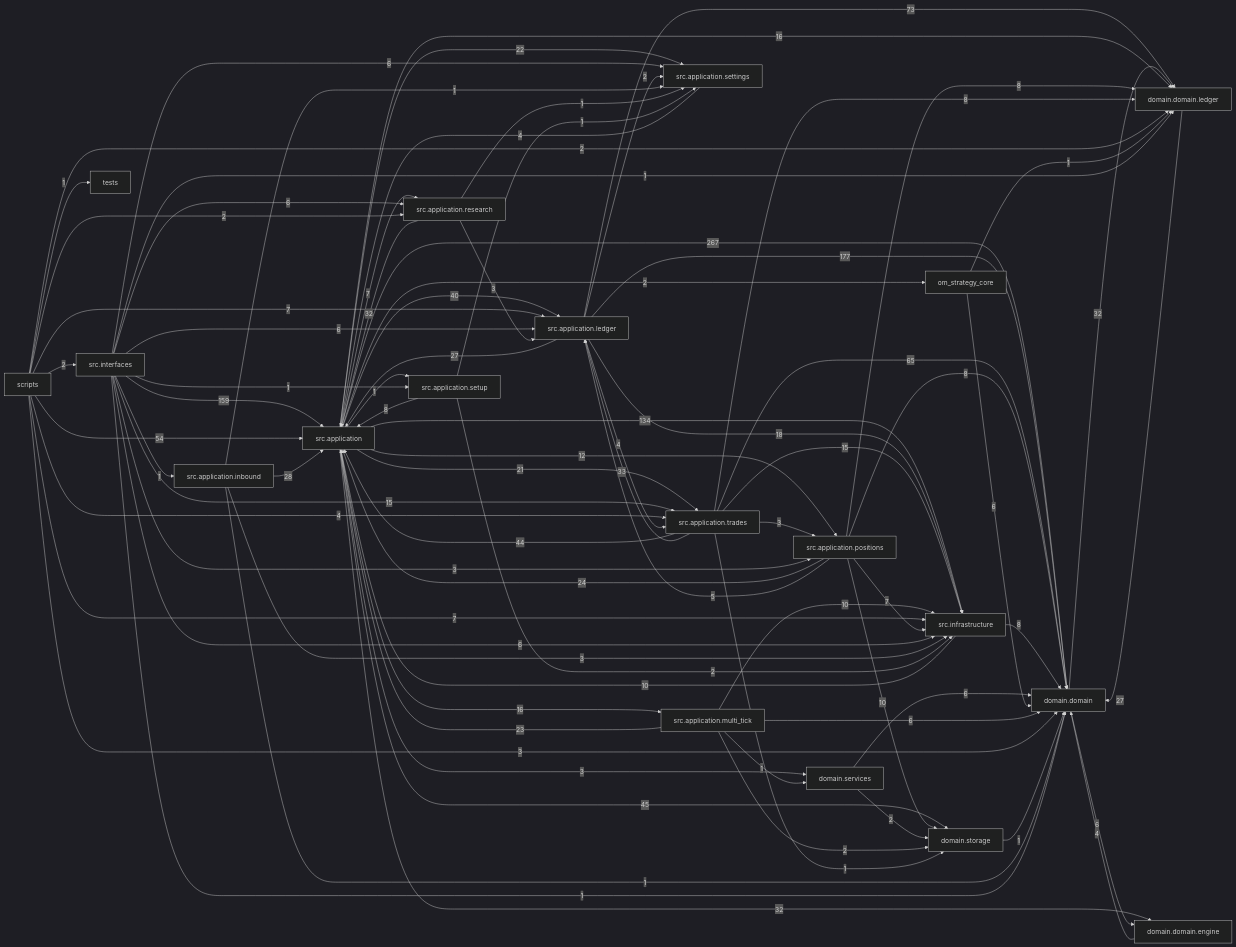
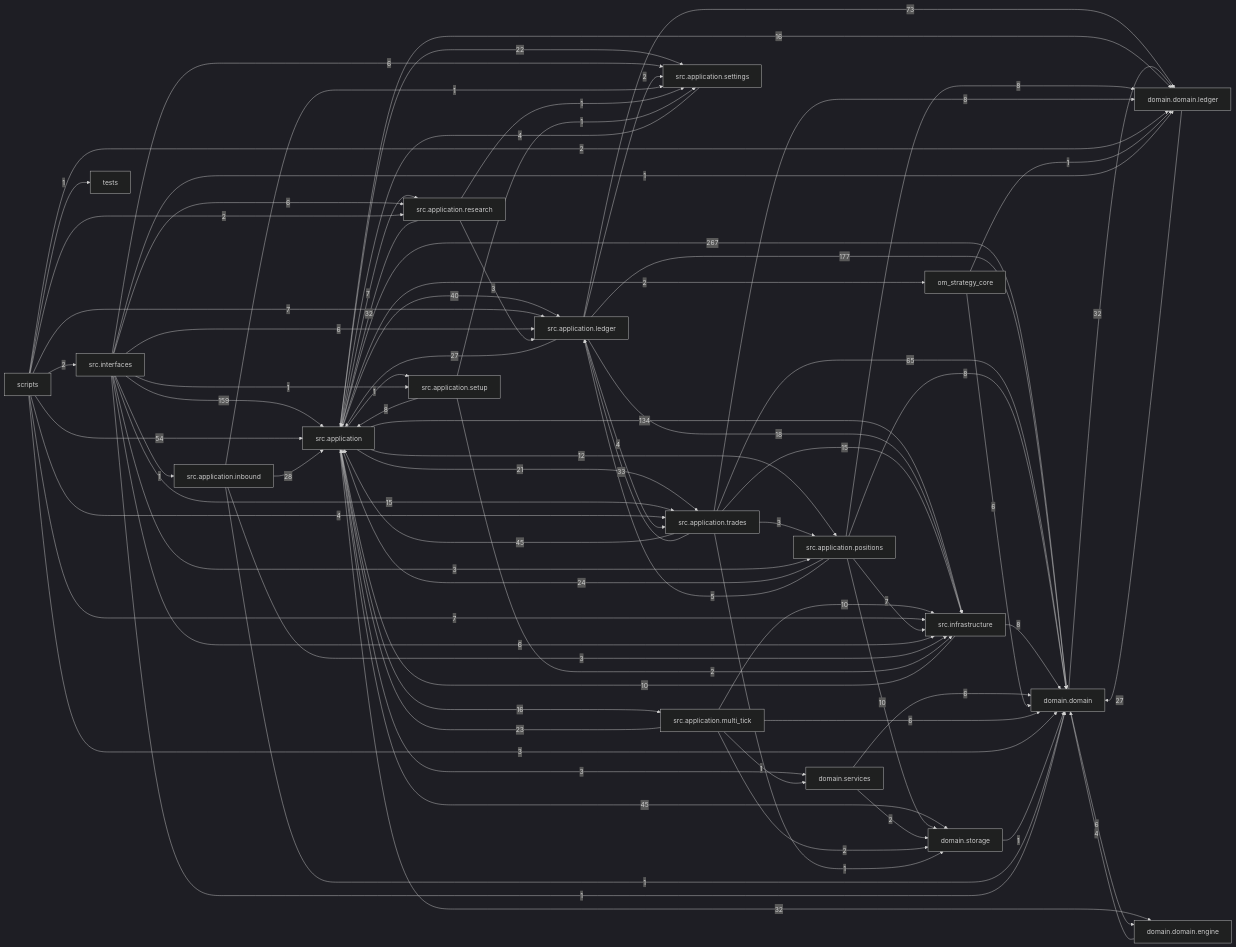
One commit to liuxie066/options-monitor changed the diagram in docs/dependency_graph.mmd. Above: the diagram before and after it, drawn with Mermaid (dark theme). The commit also changed 9 other files, not shown here.

```diff
--- a/docs/dependency_graph.mmd
+++ b/docs/dependency_graph.mmd
@@ -1,81 +1,81 @@
 flowchart LR
   src_application["src.application"] -->|267| domain_domain["domain.domain"]
   src_application_ledger["src.application.ledger"] -->|177| domain_domain["domain.domain"]
   src_interfaces["src.interfaces"] -->|159| src_application["src.application"]
   src_application["src.application"] -->|134| src_infrastructure["src.infrastructure"]
   src_application_ledger["src.application.ledger"] -->|73| domain_domain_ledger["domain.domain.ledger"]
   src_application_trades["src.application.trades"] -->|65| domain_domain["domain.domain"]
   scripts["scripts"] -->|54| src_application["src.application"]
   src_application["src.application"] -->|45| domain_storage["domain.storage"]
-  src_application_trades["src.application.trades"] -->|44| src_application["src.application"]
+  src_application_trades["src.application.trades"] -->|45| src_application["src.application"]
   src_application["src.application"] -->|40| src_application_ledger["src.application.ledger"]
   src_application_trades["src.application.trades"] -->|33| src_application_ledger["src.application.ledger"]
   domain_domain["domain.domain"] -->|32| domain_domain_ledger["domain.domain.ledger"]
   src_application["src.application"] -->|32| domain_domain_engine["domain.domain.engine"]
   src_application_research["src.application.research"] -->|32| src_application["src.application"]
   src_application_inbound["src.application.inbound"] -->|28| src_application["src.application"]
   domain_domain_ledger["domain.domain.ledger"] -->|27| domain_domain["domain.domain"]
   src_application_ledger["src.application.ledger"] -->|27| src_application["src.application"]
   src_application_positions["src.application.positions"] -->|24| src_application["src.application"]
   src_application_multi_tick["src.application.multi_tick"] -->|23| src_application["src.application"]
   src_application["src.application"] -->|22| src_application_settings["src.application.settings"]
   src_application["src.application"] -->|21| src_application_trades["src.application.trades"]
   src_application_ledger["src.application.ledger"] -->|18| src_infrastructure["src.infrastructure"]
   src_application["src.application"] -->|16| domain_domain_ledger["domain.domain.ledger"]
   src_application["src.application"] -->|16| src_application_multi_tick["src.application.multi_tick"]
   src_application_trades["src.application.trades"] -->|15| src_infrastructure["src.infrastructure"]
   src_interfaces["src.interfaces"] -->|15| src_application_trades["src.application.trades"]
   src_application["src.application"] -->|12| src_application_positions["src.application.positions"]
   src_application_multi_tick["src.application.multi_tick"] -->|10| src_infrastructure["src.infrastructure"]
   src_application_positions["src.application.positions"] -->|10| domain_storage["domain.storage"]
   src_infrastructure["src.infrastructure"] -->|10| src_application["src.application"]
   src_application_positions["src.application.positions"] -->|8| domain_domain["domain.domain"]
   src_application_positions["src.application.positions"] -->|8| domain_domain_ledger["domain.domain.ledger"]
   src_application_setup["src.application.setup"] -->|8| src_application["src.application"]
   src_application_trades["src.application.trades"] -->|8| domain_domain_ledger["domain.domain.ledger"]
   src_infrastructure["src.infrastructure"] -->|8| domain_domain["domain.domain"]
   scripts["scripts"] -->|7| src_application_ledger["src.application.ledger"]
   scripts["scripts"] -->|7| src_infrastructure["src.infrastructure"]
   src_application["src.application"] -->|7| src_application_research["src.application.research"]
   src_application_positions["src.application.positions"] -->|7| src_infrastructure["src.infrastructure"]
   domain_domain["domain.domain"] -->|6| domain_domain_engine["domain.domain.engine"]
   domain_services["domain.services"] -->|6| domain_domain["domain.domain"]
   om_strategy_core["om_strategy_core"] -->|6| domain_domain["domain.domain"]
   src_application_multi_tick["src.application.multi_tick"] -->|6| domain_domain["domain.domain"]
   src_interfaces["src.interfaces"] -->|6| src_application_ledger["src.application.ledger"]
   src_interfaces["src.interfaces"] -->|6| src_application_research["src.application.research"]
   src_interfaces["src.interfaces"] -->|6| src_application_settings["src.application.settings"]
   src_interfaces["src.interfaces"] -->|6| src_infrastructure["src.infrastructure"]
   src_application_positions["src.application.positions"] -->|5| src_application_ledger["src.application.ledger"]
   domain_domain_engine["domain.domain.engine"] -->|4| domain_domain["domain.domain"]
   scripts["scripts"] -->|4| src_application_trades["src.application.trades"]
   src_application_ledger["src.application.ledger"] -->|4| src_application_trades["src.application.trades"]
   src_application_settings["src.application.settings"] -->|4| src_application["src.application"]
   scripts["scripts"] -->|3| domain_domain["domain.domain"]
   src_application["src.application"] -->|3| domain_services["domain.services"]
   src_application_inbound["src.application.inbound"] -->|3| src_infrastructure["src.infrastructure"]
   src_application_research["src.application.research"] -->|3| src_application_ledger["src.application.ledger"]
   src_application_trades["src.application.trades"] -->|3| src_application_positions["src.application.positions"]
   src_interfaces["src.interfaces"] -->|3| src_application_positions["src.application.positions"]
   domain_services["domain.services"] -->|2| domain_storage["domain.storage"]
   scripts["scripts"] -->|2| domain_domain_ledger["domain.domain.ledger"]
   scripts["scripts"] -->|2| src_application_research["src.application.research"]
   scripts["scripts"] -->|2| src_interfaces["src.interfaces"]
   src_application["src.application"] -->|2| om_strategy_core["om_strategy_core"]
   src_application_ledger["src.application.ledger"] -->|2| src_application_settings["src.application.settings"]
   src_application_multi_tick["src.application.multi_tick"] -->|2| domain_storage["domain.storage"]
   src_application_setup["src.application.setup"] -->|2| src_infrastructure["src.infrastructure"]
   domain_storage["domain.storage"] -->|1| domain_domain["domain.domain"]
   om_strategy_core["om_strategy_core"] -->|1| domain_domain_ledger["domain.domain.ledger"]
   scripts["scripts"] -->|1| tests["tests"]
   src_application["src.application"] -->|1| src_application_setup["src.application.setup"]
   src_application_inbound["src.application.inbound"] -->|1| domain_domain["domain.domain"]
   src_application_inbound["src.application.inbound"] -->|1| src_application_settings["src.application.settings"]
   src_application_multi_tick["src.application.multi_tick"] -->|1| domain_services["domain.services"]
   src_application_research["src.application.research"] -->|1| src_application_settings["src.application.settings"]
   src_application_setup["src.application.setup"] -->|1| src_application_settings["src.application.settings"]
   src_application_trades["src.application.trades"] -->|1| domain_storage["domain.storage"]
   src_interfaces["src.interfaces"] -->|1| domain_domain["domain.domain"]
   src_interfaces["src.interfaces"] -->|1| domain_domain_ledger["domain.domain.ledger"]
   src_interfaces["src.interfaces"] -->|1| src_application_inbound["src.application.inbound"]
   src_interfaces["src.interfaces"] -->|1| src_application_setup["src.application.setup"]
```
